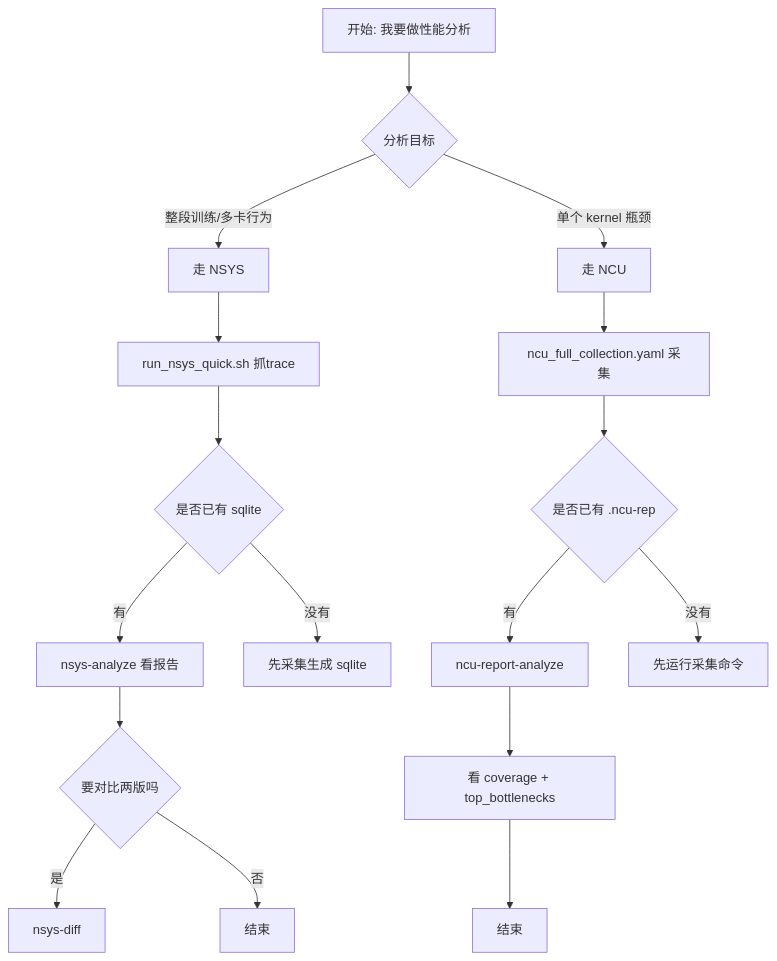
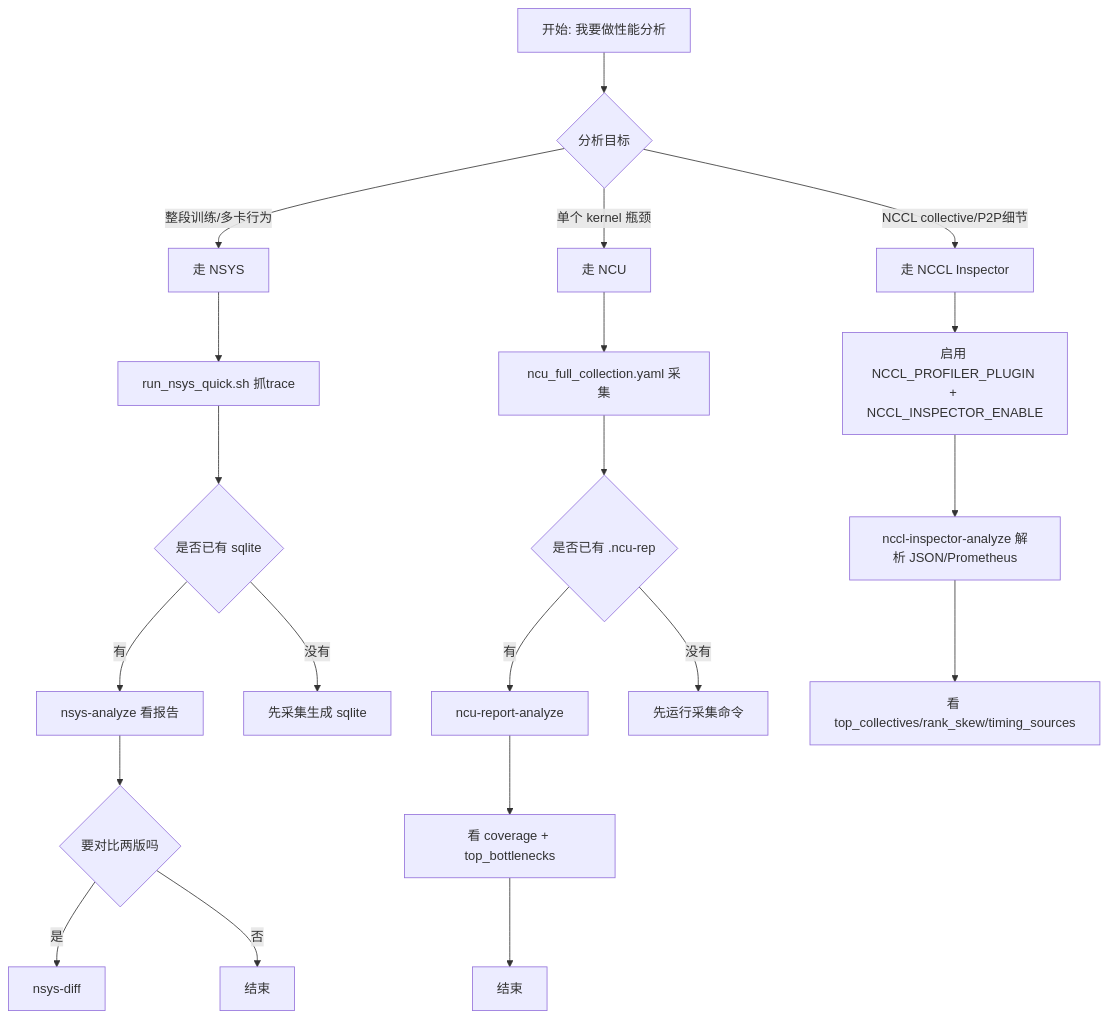
The diagram in my_utils/profiling/README.md (woshipapa/my_utils), drawn with Mermaid before and after one commit. The commit also changed other lines of this file and 8 other files, not shown here.

Commit message:
Add NCCL inspector profiling tools

````diff
--- a/my_utils/profiling/README.md
+++ b/my_utils/profiling/README.md
@@ -10,21 +11,26 @@
 ```mermaid
 flowchart TD
     A[开始: 我要做性能分析] --> B{分析目标}
     B -->|整段训练/多卡行为| C[走 NSYS]
     B -->|单个 kernel 瓶颈| D[走 NCU]
+    B -->|NCCL collective/P2P细节| E[走 NCCL Inspector]
 
     C --> C1[run_nsys_quick.sh 抓trace]
     C1 --> C2{是否已有 sqlite}
     C2 -->|有| C3[nsys-analyze 看报告]
     C2 -->|没有| C4[先采集生成 sqlite]
     C3 --> C5{要对比两版吗}
     C5 -->|是| C6[nsys-diff]
     C5 -->|否| C7[结束]
 
     D --> D1[ncu_full_collection.yaml 采集]
     D1 --> D2{是否已有 .ncu-rep}
     D2 -->|有| D3[ncu-report-analyze]
     D2 -->|没有| D4[先运行采集命令]
     D3 --> D5[看 coverage + top_bottlenecks]
     D5 --> D6[结束]
+
+    E --> E1[启用 NCCL_PROFILER_PLUGIN + NCCL_INSPECTOR_ENABLE]
+    E1 --> E2[nccl-inspector-analyze 解析 JSON/Prometheus]
+    E2 --> E3[看 top_collectives/rank_skew/timing_sources]
 ```
````
